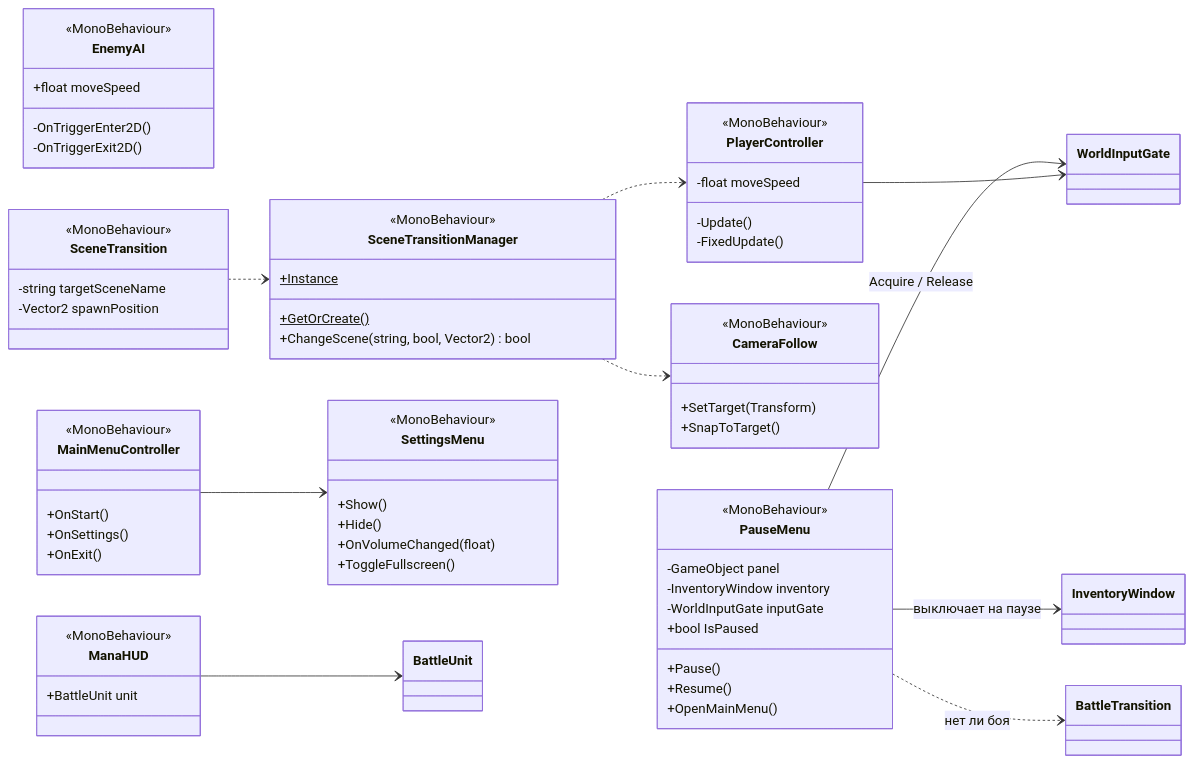
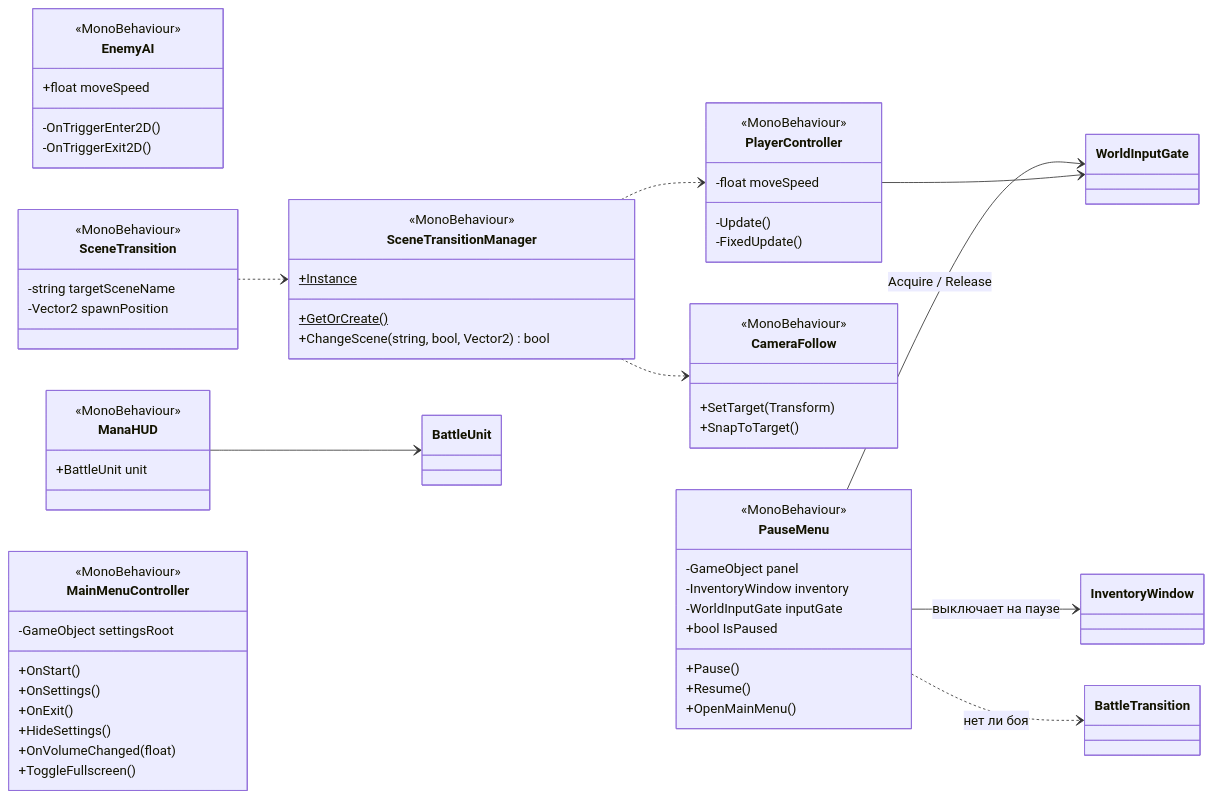
The fourth of 4 diagrams in Docs/03-class-diagram.md (Sm1le621/FalseMemory), drawn with Mermaid before and after one commit. The commit also changed other lines of this file and 87 other files, not shown here.

````diff
--- a/Docs/03-class-diagram.md
+++ b/Docs/03-class-diagram.md
@@ -359,68 +324,64 @@
 ```mermaid
 classDiagram
 direction LR
 class PlayerController {
   <<MonoBehaviour>>
   -float moveSpeed
   -Update()
   -FixedUpdate()
 }
 class EnemyAI {
   <<MonoBehaviour>>
   +float moveSpeed
   -OnTriggerEnter2D()
   -OnTriggerExit2D()
 }
 class CameraFollow {
   <<MonoBehaviour>>
   +SetTarget(Transform)
   +SnapToTarget()
 }
 class SceneTransition {
   <<MonoBehaviour>>
   -string targetSceneName
   -Vector2 spawnPosition
 }
 class SceneTransitionManager {
   <<MonoBehaviour>>
   +Instance$
   +GetOrCreate()$
   +ChangeScene(string, bool, Vector2) bool
 }
 class ManaHUD {
   <<MonoBehaviour>>
   +BattleUnit unit
 }
 class MainMenuController {
   <<MonoBehaviour>>
+  -GameObject settingsRoot
   +OnStart()
   +OnSettings()
   +OnExit()
-}
-class SettingsMenu {
-  <<MonoBehaviour>>
-  +Show()
-  +Hide()
+  +HideSettings()
   +OnVolumeChanged(float)
   +ToggleFullscreen()
 }
 class PauseMenu {
   <<MonoBehaviour>>
   -GameObject panel
   -InventoryWindow inventory
   -WorldInputGate inputGate
   +bool IsPaused
   +Pause()
   +Resume()
   +OpenMainMenu()
 }
 PauseMenu --> InventoryWindow : выключает на паузе
 PauseMenu --> WorldInputGate : Acquire / Release
 PauseMenu ..> BattleTransition : нет ли боя
 PlayerController --> WorldInputGate
 SceneTransition ..> SceneTransitionManager
 SceneTransitionManager ..> CameraFollow
 SceneTransitionManager ..> PlayerController
-MainMenuController --> SettingsMenu
 ManaHUD --> BattleUnit
 ```
````
